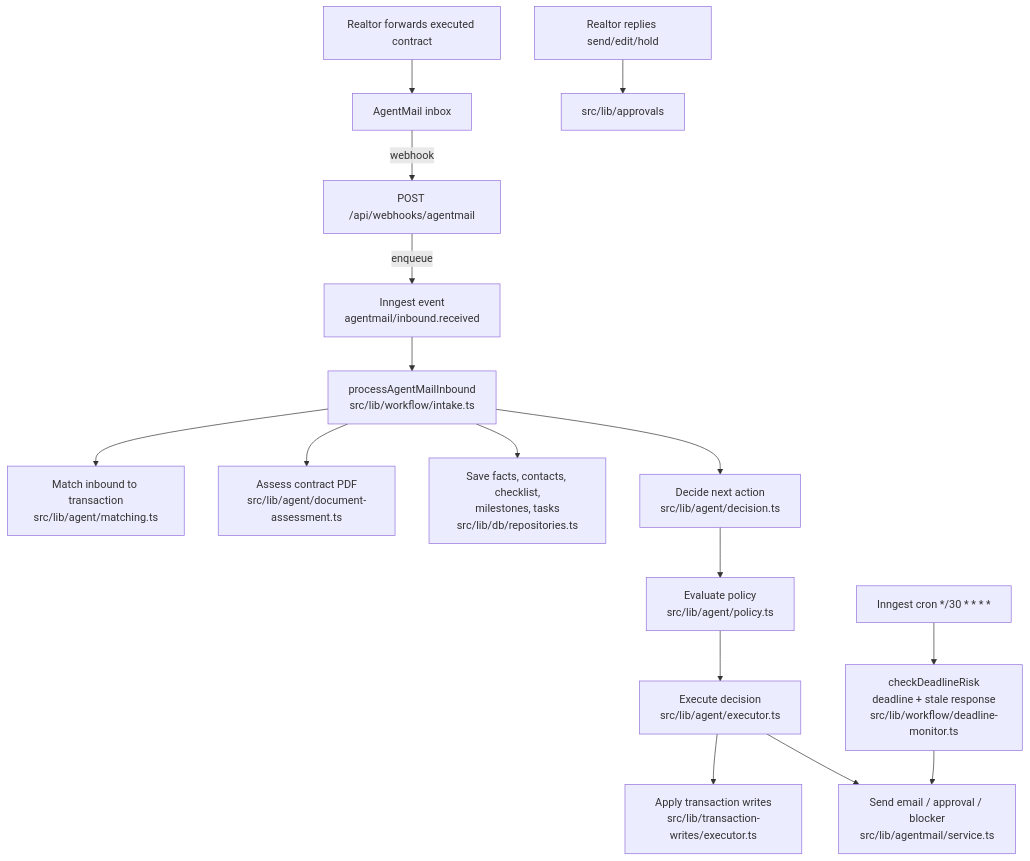
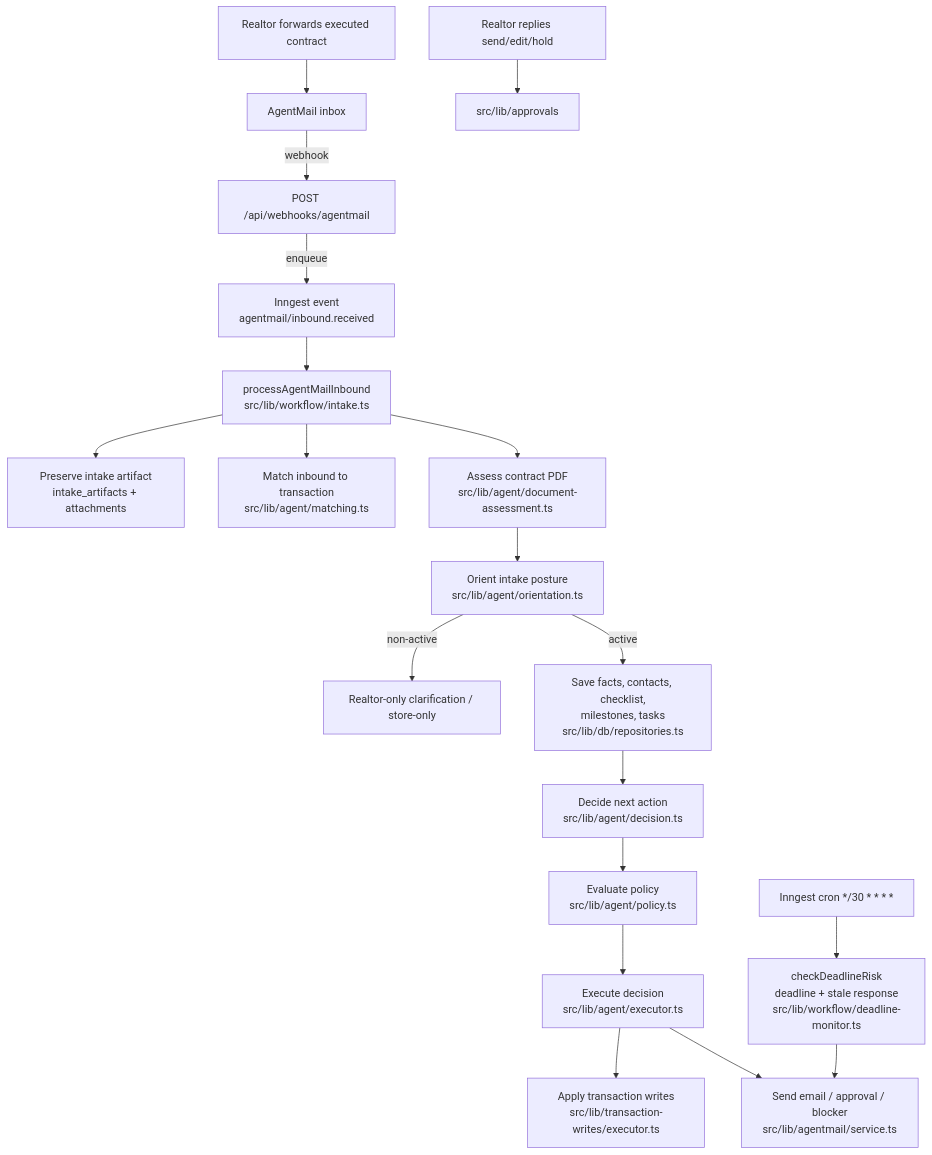
The diagram in AGENTS.md (spak2005/tc_experiment), drawn with Mermaid before and after one commit. The commit also changed other lines of this file and 8 other files, not shown here.

Commit message:
docs: Document orientation intake flow

````diff
--- a/AGENTS.md
+++ b/AGENTS.md
@@ -24,18 +26,21 @@
 ```mermaid
 flowchart TD
   Realtor[Realtor forwards executed contract] --> AgentMail[AgentMail inbox]
   AgentMail -->|webhook| WebhookRoute["POST /api/webhooks/agentmail"]
   WebhookRoute -->|enqueue| InngestEvent["Inngest event<br/>agentmail/inbound.received"]
   InngestEvent --> Intake["processAgentMailInbound<br/>src/lib/workflow/intake.ts"]
+  Intake --> Artifact["Preserve intake artifact<br/>intake_artifacts + attachments"]
   Intake --> Match["Match inbound to transaction<br/>src/lib/agent/matching.ts"]
   Intake --> Assess["Assess contract PDF<br/>src/lib/agent/document-assessment.ts"]
-  Intake --> Persist["Save facts, contacts, checklist,<br/>milestones, tasks<br/>src/lib/db/repositories.ts"]
-  Intake --> Decide["Decide next action<br/>src/lib/agent/decision.ts"]
+  Assess --> Orient["Orient intake posture<br/>src/lib/agent/orientation.ts"]
+  Orient -->|non-active| RealtorOnly["Realtor-only clarification / store-only"]
+  Orient -->|active| Persist["Save facts, contacts, checklist,<br/>milestones, tasks<br/>src/lib/db/repositories.ts"]
+  Persist --> Decide["Decide next action<br/>src/lib/agent/decision.ts"]
   Decide --> Policy["Evaluate policy<br/>src/lib/agent/policy.ts"]
   Policy --> Execute["Execute decision<br/>src/lib/agent/executor.ts"]
   Execute --> Writes["Apply transaction writes<br/>src/lib/transaction-writes/executor.ts"]
   Execute --> Outbound["Send email / approval / blocker<br/>src/lib/agentmail/service.ts"]
   RealtorReply["Realtor replies send/edit/hold"] --> Approval["src/lib/approvals"]
   Cron["Inngest cron */30 * * * *"] --> Deadline["checkDeadlineRisk<br/>deadline + stale response<br/>src/lib/workflow/deadline-monitor.ts"]
   Deadline --> Outbound
 ```
````
